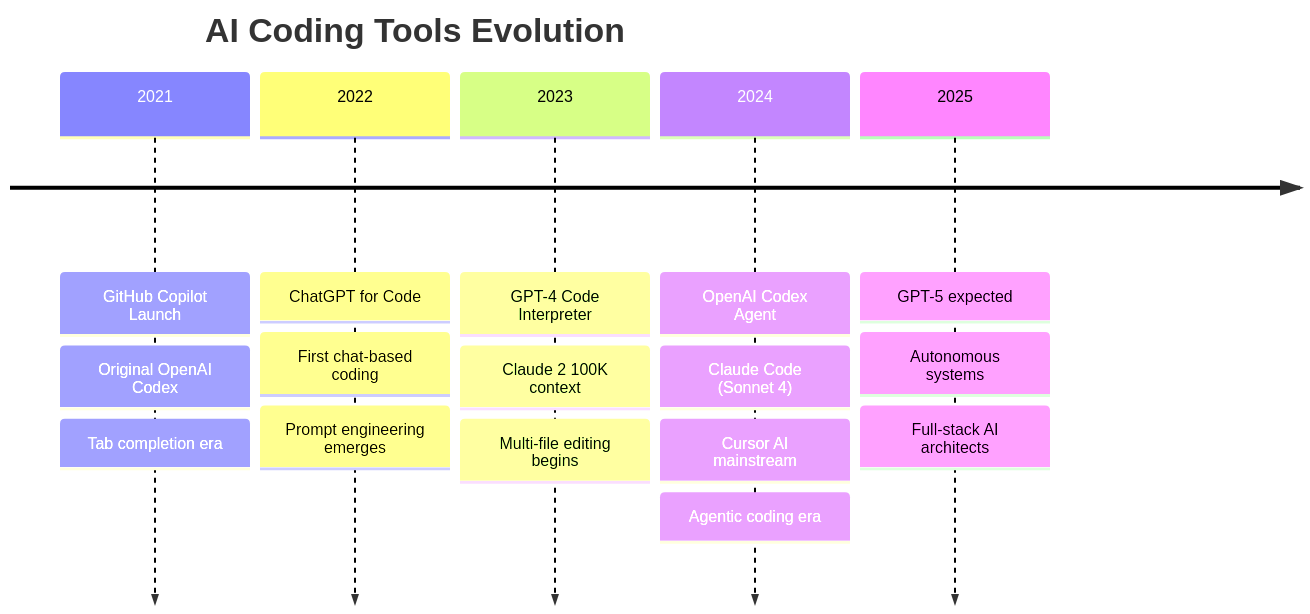
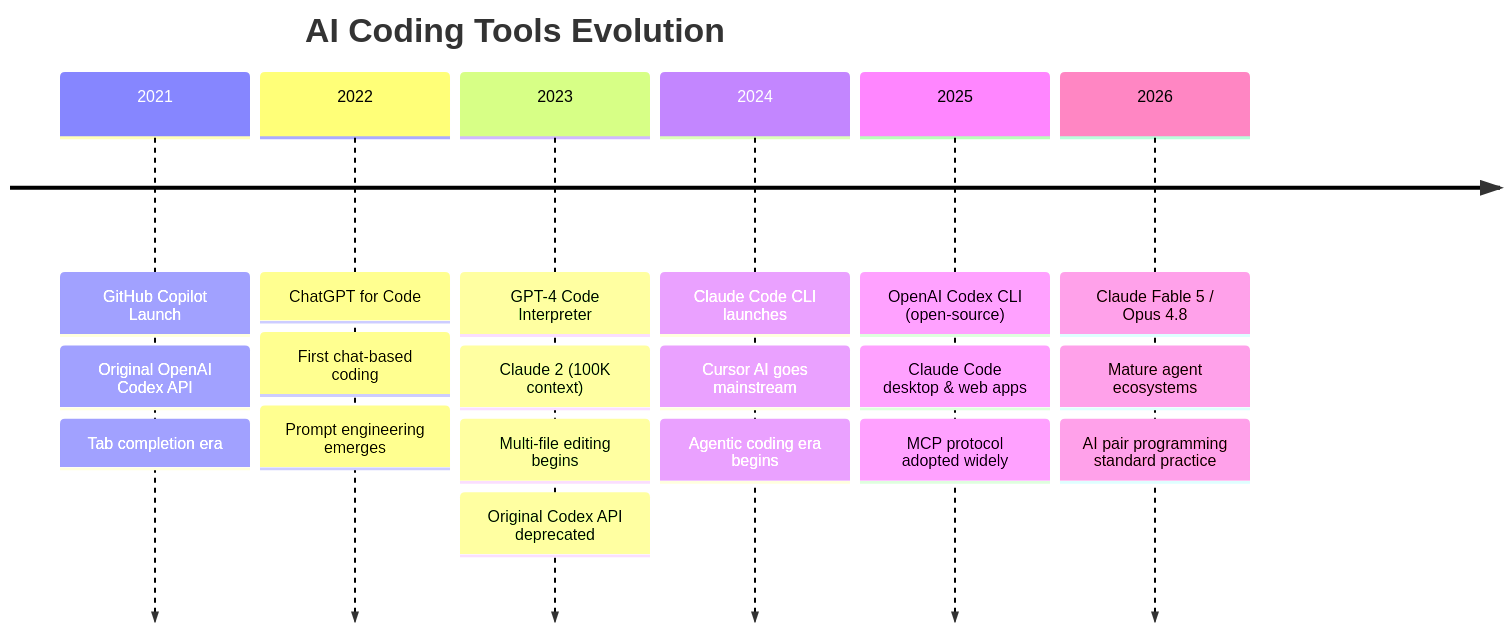
One commit to DreamLab-AI/dreamlab-ai-website changed the first of 5 diagrams in public/data/workshops/workshop-06-codex/00_introduction.md. Above: the diagram before and after it, drawn with Mermaid. The commit also changed other lines of this file and 111 other files, not shown here.

First line of the commit message:
feat(workshops): comprehensive 2026 update + Docker & Claude Code deep dives

````diff
--- a/public/data/workshops/workshop-06-codex/00_introduction.md
+++ b/public/data/workshops/workshop-06-codex/00_introduction.md
@@ -11,20 +11,23 @@
 ```mermaid
 timeline
     title AI Coding Tools Evolution
     2021 : GitHub Copilot Launch
-         : Original OpenAI Codex
+         : Original OpenAI Codex API
          : Tab completion era
     2022 : ChatGPT for Code
          : First chat-based coding
          : Prompt engineering emerges
     2023 : GPT-4 Code Interpreter
-         : Claude 2 100K context
+         : Claude 2 (100K context)
          : Multi-file editing begins
-    2024 : OpenAI Codex Agent
-         : Claude Code (Sonnet 4)
-         : Cursor AI mainstream
-         : Agentic coding era
-    2025 : GPT-5 expected
-         : Autonomous systems
-         : Full-stack AI architects
+         : Original Codex API deprecated
+    2024 : Claude Code CLI launches
+         : Cursor AI goes mainstream
+         : Agentic coding era begins
+    2025 : OpenAI Codex CLI (open-source)
+         : Claude Code desktop & web apps
+         : MCP protocol adopted widely
+    2026 : Claude Fable 5 / Opus 4.8
+         : Mature agent ecosystems
+         : AI pair programming standard practice
 ```
````
